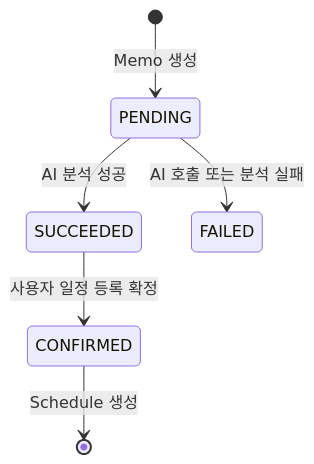
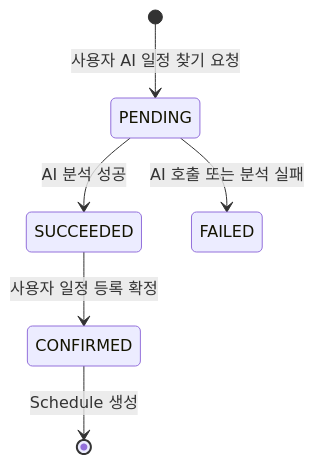
The second of 2 diagrams in README.md (iamjanggeun/DoQuest), drawn with Mermaid before and after one commit. The commit also changed other lines of this file and 4 other files, not shown here.

````diff
--- a/README.md
+++ b/README.md
@@ -106,8 +107,8 @@
 ```mermaid
 stateDiagram-v2
-    [*] --> PENDING: Memo 생성
+    [*] --> PENDING: 사용자 AI 일정 찾기 요청
     PENDING --> SUCCEEDED: AI 분석 성공
     PENDING --> FAILED: AI 호출 또는 분석 실패
     SUCCEEDED --> CONFIRMED: 사용자 일정 등록 확정
     CONFIRMED --> [*]: Schedule 생성
 ```
````
